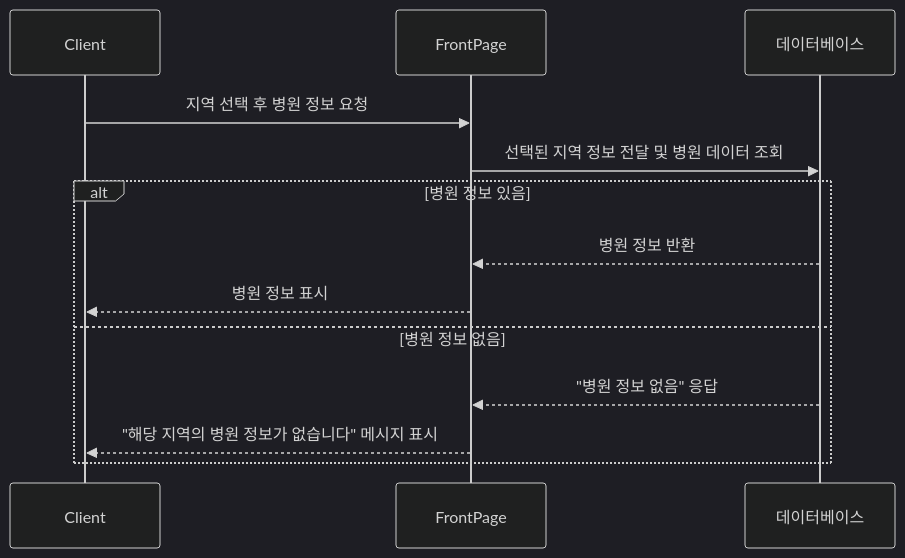
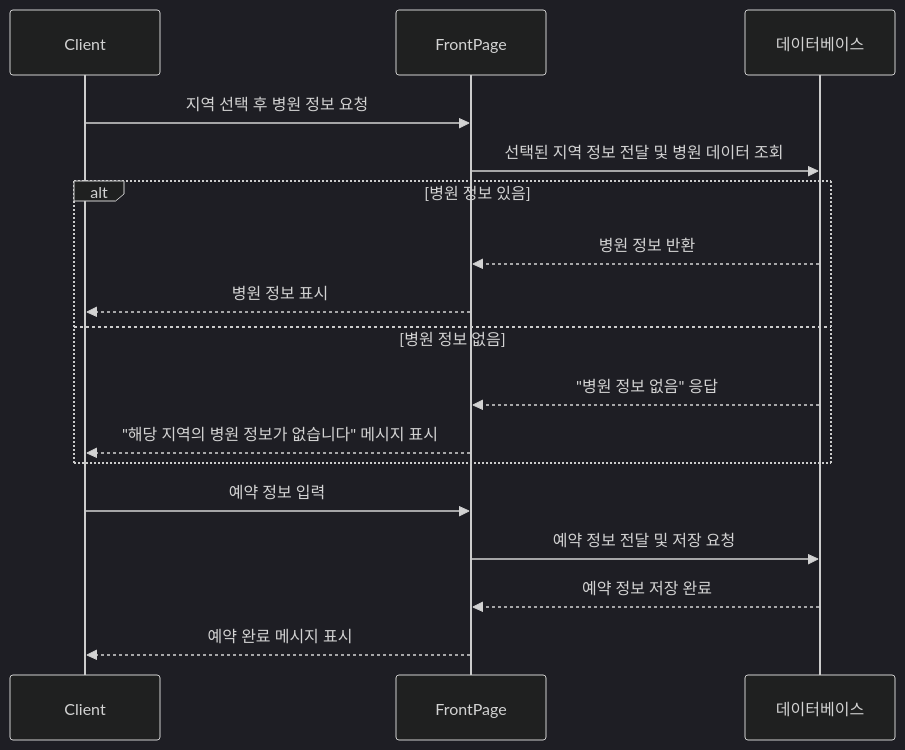
The diagram in docs/diagrams/information/hospital.md (Estsoft-Udon/ClassicJeans), drawn with Mermaid (dark theme) before and after one commit.

Commit message:
docs: hospital sequence diagram fixed
예약 관련 내용 추가

````diff
--- a/docs/diagrams/information/hospital.md
+++ b/docs/diagrams/information/hospital.md
@@ -1,16 +1,22 @@
 ```mermaid
 sequenceDiagram
     participant User as Client
     participant FrontEnd as FrontPage
     participant Database as 데이터베이스
 
     User ->> FrontEnd: 지역 선택 후 병원 정보 요청
     FrontEnd ->> Database: 선택된 지역 정보 전달 및 병원 데이터 조회
     alt 병원 정보 있음
         Database -->> FrontEnd: 병원 정보 반환
         FrontEnd -->> User: 병원 정보 표시
     else 병원 정보 없음
         Database -->> FrontEnd: "병원 정보 없음" 응답
         FrontEnd -->> User: "해당 지역의 병원 정보가 없습니다" 메시지 표시
     end
+
+    User ->> FrontEnd: 예약 정보 입력
+    FrontEnd ->> Database: 예약 정보 전달 및 저장 요청
+    Database -->> FrontEnd: 예약 정보 저장 완료
+    FrontEnd -->> User: 예약 완료 메시지 표시
+
 ```
````
